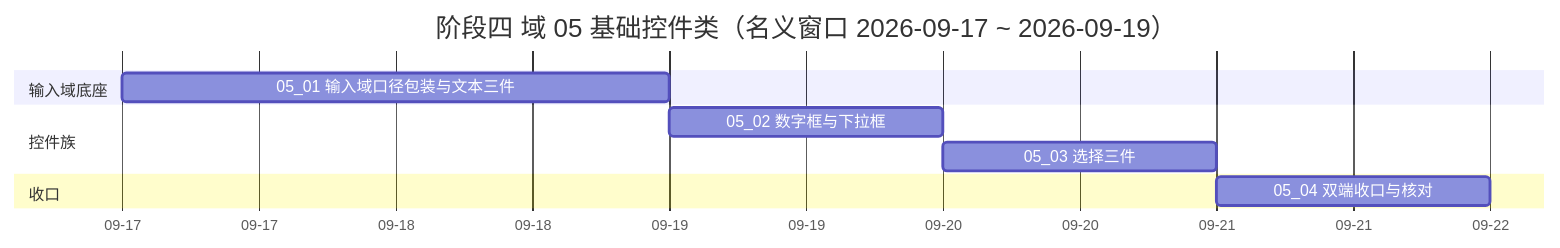
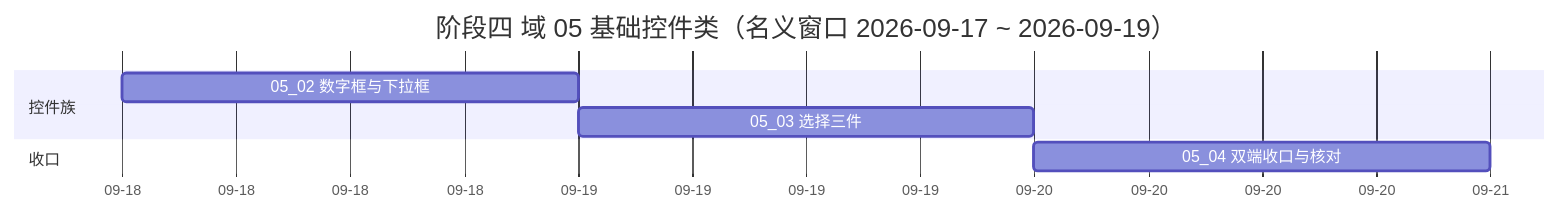
Before and after one commit to minjian123/basic-management-system: the diagram in bms文档/项目/04_前端组件库/计划/01_计划_前端组件库.md, drawn with Mermaid. The commit also changed other lines of this file and 13 other files, not shown here.

````diff
--- a/bms文档/项目/04_前端组件库/计划/01_计划_前端组件库.md
+++ b/bms文档/项目/04_前端组件库/计划/01_计划_前端组件库.md
@@ -109,13 +109,11 @@
 ```mermaid
 gantt
     title 阶段四 域 05 基础控件类（名义窗口 2026-09-17 ~ 2026-09-19）
     dateFormat YYYY-MM-DD
     axisFormat %m-%d
-    section 输入域底座
-    05_01 输入域口径包装与文本三件 :a1, 2026-09-17, 2d
     section 控件族
-    05_02 数字框与下拉框 :a2, after a1, 1d
+    05_02 数字框与下拉框 :a2, 2026-09-18, 1d
     05_03 选择三件 :a3, after a2, 1d
     section 收口
     05_04 双端收口与核对 :a4, after a3, 1d
 ```
````
